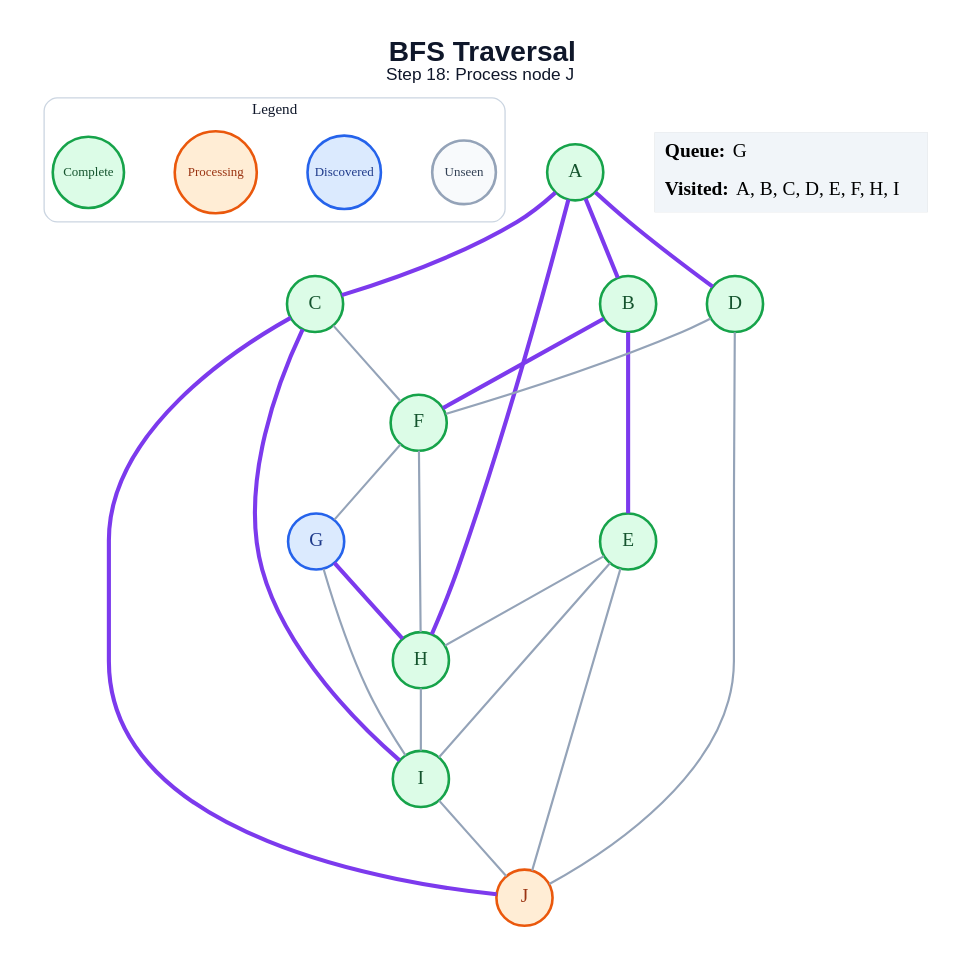
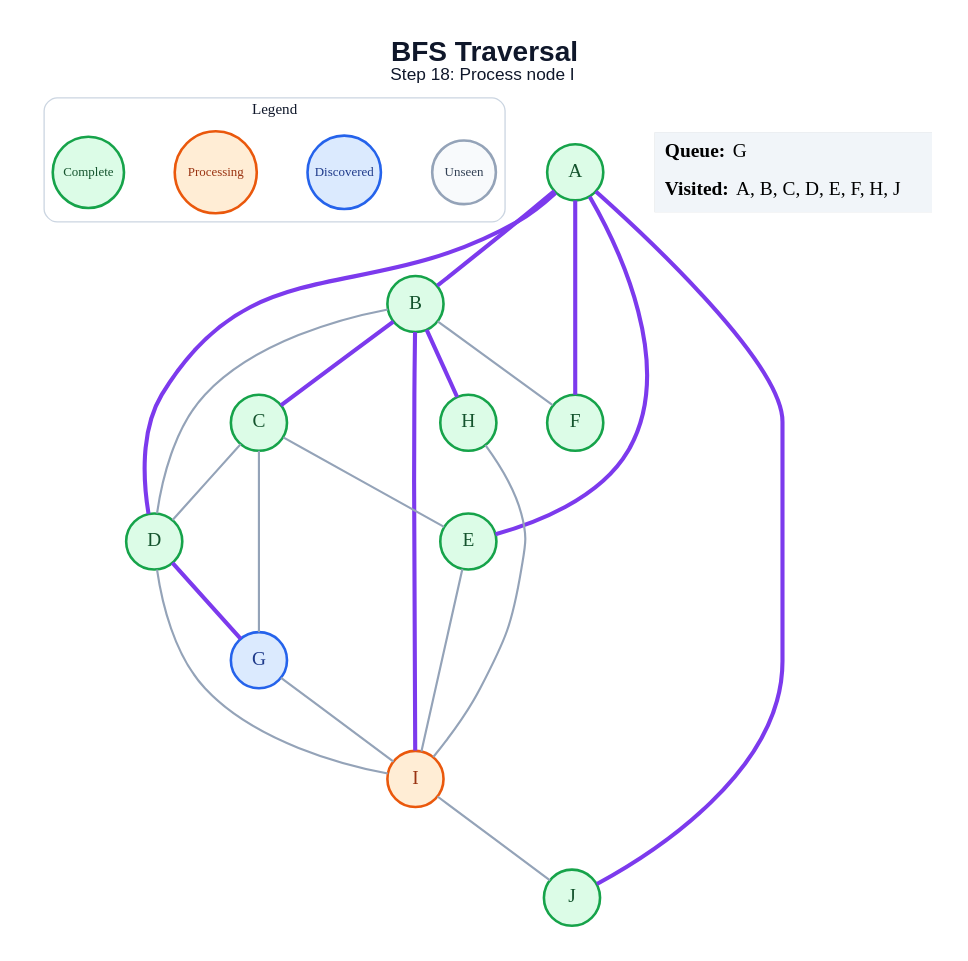
One commit to amanghodawala9/ai-slop changed the diagram in generated/bfs/step_18.dot. Above: the diagram before and after it, drawn with Graphviz. The commit also changed 178 other files, not shown here.

```diff
--- a/generated/bfs/step_18.dot
+++ b/generated/bfs/step_18.dot
@@ -1,49 +1,48 @@
 graph traversal {
   graph [layout=dot, rankdir=TB, bgcolor="#FFFFFF", pad="0.35", nodesep="0.65", ranksep="0.8", fontname="Arial"];
   node [shape=circle, style="filled", fontname="Arial Bold", fontsize=18, width=0.72, fixedsize=true, penwidth=2.4];
   edge [color="#94A3B8", penwidth=2.0];
-  label=<<B>BFS Traversal</B><BR/><FONT POINT-SIZE="16">Step 18: Process node J</FONT>>; labelloc="t"; fontsize=26; fontname="Arial"; fontcolor="#0F172A";
+  label=<<B>BFS Traversal</B><BR/><FONT POINT-SIZE="16">Step 18: Process node I</FONT>>; labelloc="t"; fontsize=26; fontname="Arial"; fontcolor="#0F172A";
   subgraph cluster_legend { label="Legend"; color="#CBD5E1"; penwidth=1.2; style="rounded"; fontsize=14; fontname="Arial Bold";
     key_unseen [label="Unseen", fillcolor="#F8FAFC", color="#94A3B8", fontcolor="#334155", fontsize=12, width=0.82];
     key_frontier [label="Discovered", fillcolor="#DBEAFE", color="#2563EB", fontcolor="#1E3A8A", fontsize=12, width=0.95];
     key_current [label="Processing", fillcolor="#FFEDD5", color="#EA580C", fontcolor="#9A3412", fontsize=12, width=1.05];
     key_done [label="Complete", fillcolor="#DCFCE7", color="#16A34A", fontcolor="#14532D", fontsize=12, width=0.92];
     { rank=same; key_unseen; key_frontier; key_current; key_done; }
   }
   A [fillcolor="#DCFCE7", color="#16A34A", fontcolor="#14532D"];
   B [fillcolor="#DCFCE7", color="#16A34A", fontcolor="#14532D"];
   C [fillcolor="#DCFCE7", color="#16A34A", fontcolor="#14532D"];
   D [fillcolor="#DCFCE7", color="#16A34A", fontcolor="#14532D"];
   E [fillcolor="#DCFCE7", color="#16A34A", fontcolor="#14532D"];
   F [fillcolor="#DCFCE7", color="#16A34A", fontcolor="#14532D"];
   G [fillcolor="#DBEAFE", color="#2563EB", fontcolor="#1E3A8A"];
   H [fillcolor="#DCFCE7", color="#16A34A", fontcolor="#14532D"];
-  I [fillcolor="#DCFCE7", color="#16A34A", fontcolor="#14532D"];
-  J [fillcolor="#FFEDD5", color="#EA580C", fontcolor="#9A3412"];
+  I [fillcolor="#FFEDD5", color="#EA580C", fontcolor="#9A3412"];
+  J [fillcolor="#DCFCE7", color="#16A34A", fontcolor="#14532D"];
   A -- B [color="#7C3AED", penwidth=3.8];
-  A -- C [color="#7C3AED", penwidth=3.8];
   A -- D [color="#7C3AED", penwidth=3.8];
-  A -- H [color="#7C3AED", penwidth=3.8];
-  B -- E [color="#7C3AED", penwidth=3.8];
-  B -- F [color="#7C3AED", penwidth=3.8];
-  C -- F;
-  C -- I [color="#7C3AED", penwidth=3.8];
-  C -- J [color="#7C3AED", penwidth=3.8];
-  D -- F;
-  D -- J;
-  E -- H;
+  A -- E [color="#7C3AED", penwidth=3.8];
+  A -- F [color="#7C3AED", penwidth=3.8];
+  A -- J [color="#7C3AED", penwidth=3.8];
+  B -- C [color="#7C3AED", penwidth=3.8];
+  B -- D;
+  B -- F;
+  B -- H [color="#7C3AED", penwidth=3.8];
+  B -- I [color="#7C3AED", penwidth=3.8];
+  C -- D;
+  C -- E;
+  C -- G;
+  D -- G [color="#7C3AED", penwidth=3.8];
+  D -- I;
   E -- I;
-  E -- J;
-  F -- G;
-  F -- H;
-  G -- H [color="#7C3AED", penwidth=3.8];
   G -- I;
   H -- I;
   I -- J;
   status [shape=plain, fixedsize=false, width=0, height=0, margin=0, label=<
     <TABLE BORDER="0" CELLBORDER="0" CELLPADDING="7" BGCOLOR="#F1F5F9">
       <TR><TD ALIGN="LEFT"><B>Queue:</B> G</TD></TR>
-      <TR><TD ALIGN="LEFT"><B>Visited:</B> A, B, C, D, E, F, H, I</TD></TR>
+      <TR><TD ALIGN="LEFT"><B>Visited:</B> A, B, C, D, E, F, H, J</TD></TR>
     </TABLE>
   >];
 }
```
